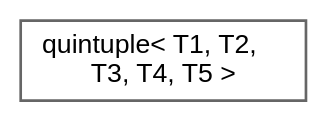
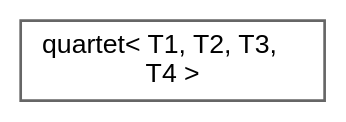
The diagram in inherit_graph_43.dot (XmacsLabs/lolly), drawn with Graphviz before and after one commit. The commit also changed 858 other files, not shown here.

```diff
--- a/inherit_graph_43.dot
+++ b/inherit_graph_43.dot
@@ -1,9 +1,9 @@
 digraph "Graphical Class Hierarchy"
 {
  // LATEX_PDF_SIZE
   bgcolor="transparent";
   edge [fontname=Helvetica,fontsize=10,labelfontname=Helvetica,labelfontsize=10];
   node [fontname=Helvetica,fontsize=10,shape=box,height=0.2,width=0.4];
   rankdir="LR";
-  Node0 [id="Node000000",label="quintuple\< T1, T2,\l T3, T4, T5 \>",height=0.2,width=0.4,color="grey40", fillcolor="white", style="filled",URL="$classquintuple.html",tooltip=" "];
+  Node0 [id="Node000000",label="quartet\< T1, T2, T3,\l T4 \>",height=0.2,width=0.4,color="grey40", fillcolor="white", style="filled",URL="$classquartet.html",tooltip=" "];
 }
```
